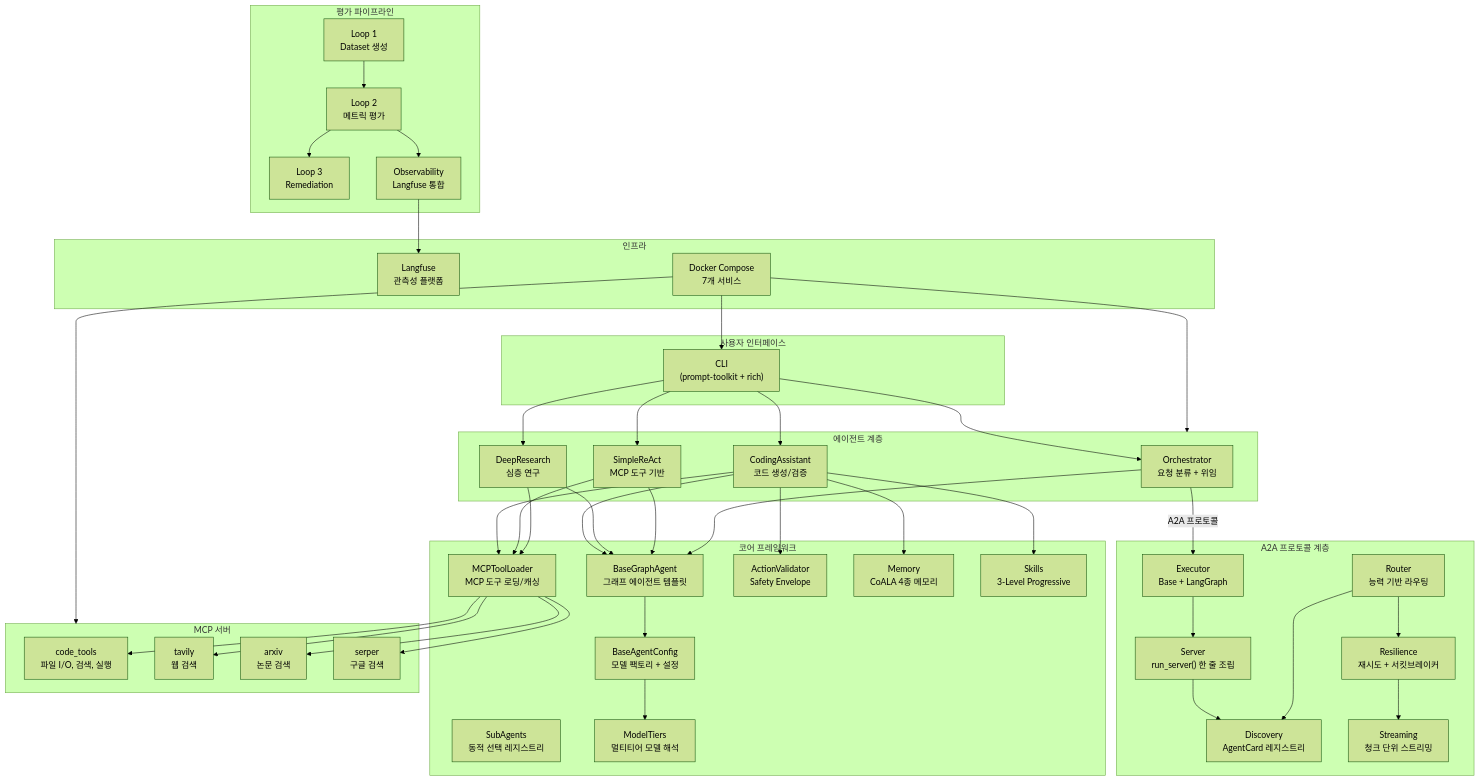
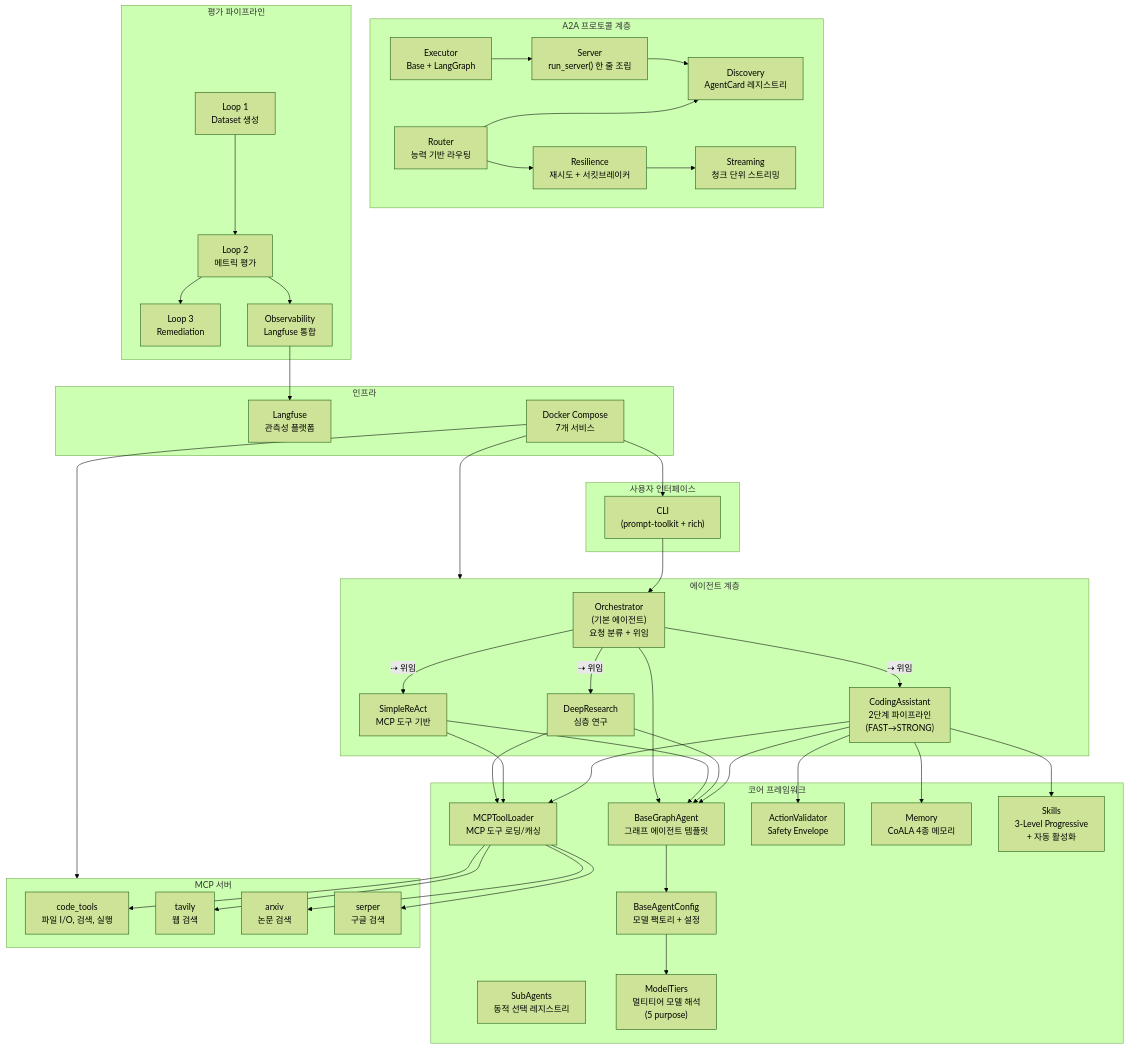
One commit to youngs75/youngs75_coding_ai_agent changed the first of 16 diagrams in docs/ARCHITECTURE.md. Above: the diagram before and after it, drawn with Mermaid (forest theme). The commit also changed other lines of this file and 15 other files, not shown here.

First line of the commit message:
feat: Phase 15 — 2단계 파이프라인/스킬 자동 활성화/Orchestrator 기본화/문서 업데이트

```diff
--- a/docs/ARCHITECTURE.md
+++ b/docs/ARCHITECTURE.md
@@ -15,8 +15,8 @@
     end
 
     subgraph Agents["에이전트 계층"]
-        ORC["Orchestrator<br/>요청 분류 + 위임"]
-        CA["CodingAssistant<br/>코드 생성/검증"]
+        ORC["Orchestrator<br/>(기본 에이전트)<br/>요청 분류 + 위임"]
+        CA["CodingAssistant<br/>2단계 파이프라인<br/>(FAST→STRONG)"]
         DR["DeepResearch<br/>심층 연구"]
         SR["SimpleReAct<br/>MCP 도구 기반"]
     end
@@ -27,9 +27,9 @@
         MCL["MCPToolLoader<br/>MCP 도구 로딩/캐싱"]
         AV["ActionValidator<br/>Safety Envelope"]
         MEM["Memory<br/>CoALA 4종 메모리"]
-        SKL["Skills<br/>3-Level Progressive"]
+        SKL["Skills<br/>3-Level Progressive<br/>+ 자동 활성화"]
         SUB["SubAgents<br/>동적 선택 레지스트리"]
-        MT["ModelTiers<br/>멀티티어 모델 해석"]
+        MT["ModelTiers<br/>멀티티어 모델 해석<br/>(5 purpose)"]
     end
 
     subgraph A2A["A2A 프로토콜 계층"]
@@ -61,11 +61,10 @@
     end
 
     CLI --> ORC
-    CLI --> CA
-    CLI --> DR
-    CLI --> SR
+    ORC -->|"⇢ 위임"| CA
+    ORC -->|"⇢ 위임"| DR
+    ORC -->|"⇢ 위임"| SR
 
-    ORC -->|A2A 프로토콜| EXE
     CA --> BGA
     DR --> BGA
     SR --> BGA
```
